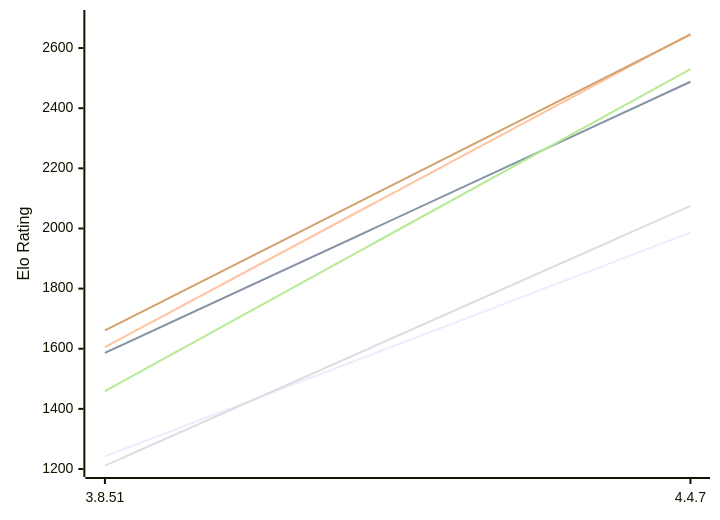
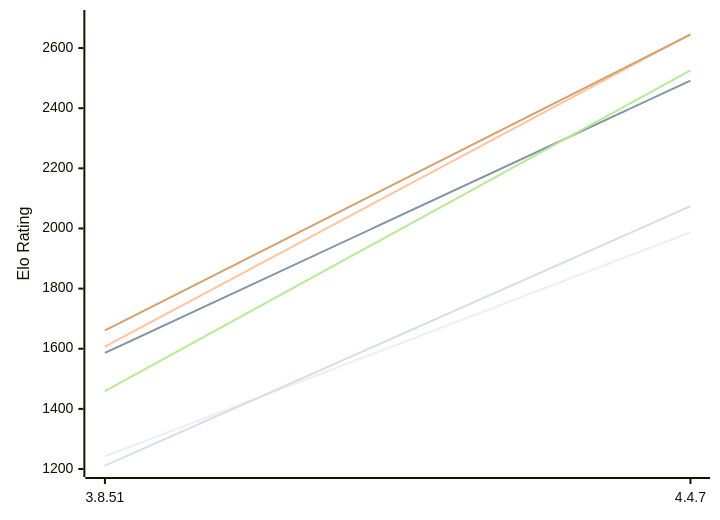
The first of 2 diagrams in engines/Scoria.md (computer-chess-index/cci), drawn with Mermaid before and after one commit. The commit also changed other lines of this file, not shown here.

Commit message:
Update CCI Ratings (ELO VLTC) - 2026-11-26

````diff
--- a/engines/Scoria.md
+++ b/engines/Scoria.md
@@ -50,12 +50,12 @@
 ```mermaid
 %%{init: {"theme":"base","themeVariables":{"seriesColors:['#a3a3a3','#222221','#faa371']}}}%%
 xychart-beta
   x-axis ["3.8.51", "4.4.7"]
   y-axis "Elo Rating" 1200 --> 2700
-  line "E1: STC (8.0+0.08s)" [1242, 1986]
-  line "E1: LTC (60.0+0.60s)" [1586, 2488]
-  line "E1: VLTC (2m24s+1.12s)" [1605, 2647]
-  line "P1: STC (8.0+0.08s)" [1211, 2075]
-  line "P1: LTC (60.0+0.60s)" [1459, 2530]
+  line "E1: STC (8.0+0.08s)" [1242, 1987]
+  line "E1: LTC (60.0+0.60s)" [1586, 2492]
+  line "E1: VLTC (2m24s+1.12s)" [1607, 2646]
+  line "P1: STC (8.0+0.08s)" [1211, 2074]
+  line "P1: LTC (60.0+0.60s)" [1459, 2526]
   line "P1: VLTC (2m24s+1.12s)" [1661, 2645]
 ```
````
